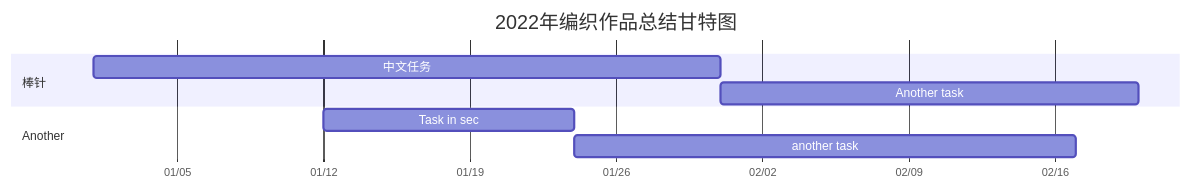
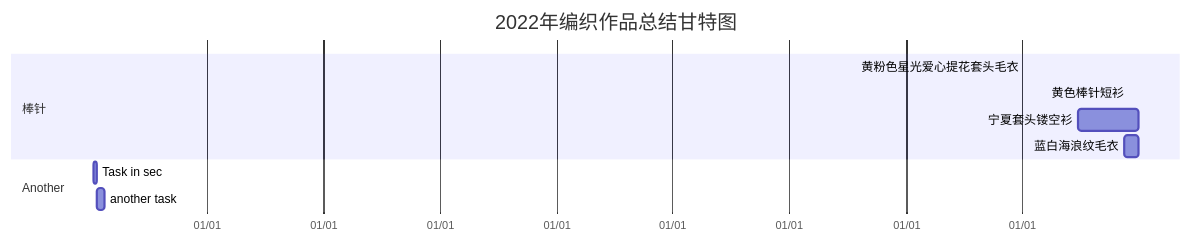
The diagram in _posts/2019-01-29-86.markdown (JiYouMCC/JiYouMCC.github.io), drawn with Mermaid before and after one commit.

````diff
--- a/_posts/2019-01-29-86.markdown
+++ b/_posts/2019-01-29-86.markdown
@@ -18,11 +18,13 @@
 ```mermaid
 gantt
     title 2022年编织作品总结甘特图
     axisFormat %m/%d
     section 棒针
-    中文任务           :a1, 2014-01-01, 30d
-    Another task     :after a1  , 20d
+    黄粉色星光爱心提花套头毛衣   :done,   a1,2022-01-06, 2022-05-08
+    黄色棒针短衫                :done,   2022-03-16, 2022-06-21
+    宁夏套头镂空衫              :active  2022-06-23,191d
+    蓝白海浪纹毛衣              :active  2022-11-15, 46d 
     section Another
     Task in sec      :2014-01-12  , 12d
     another task      : 24d
 ```
````
